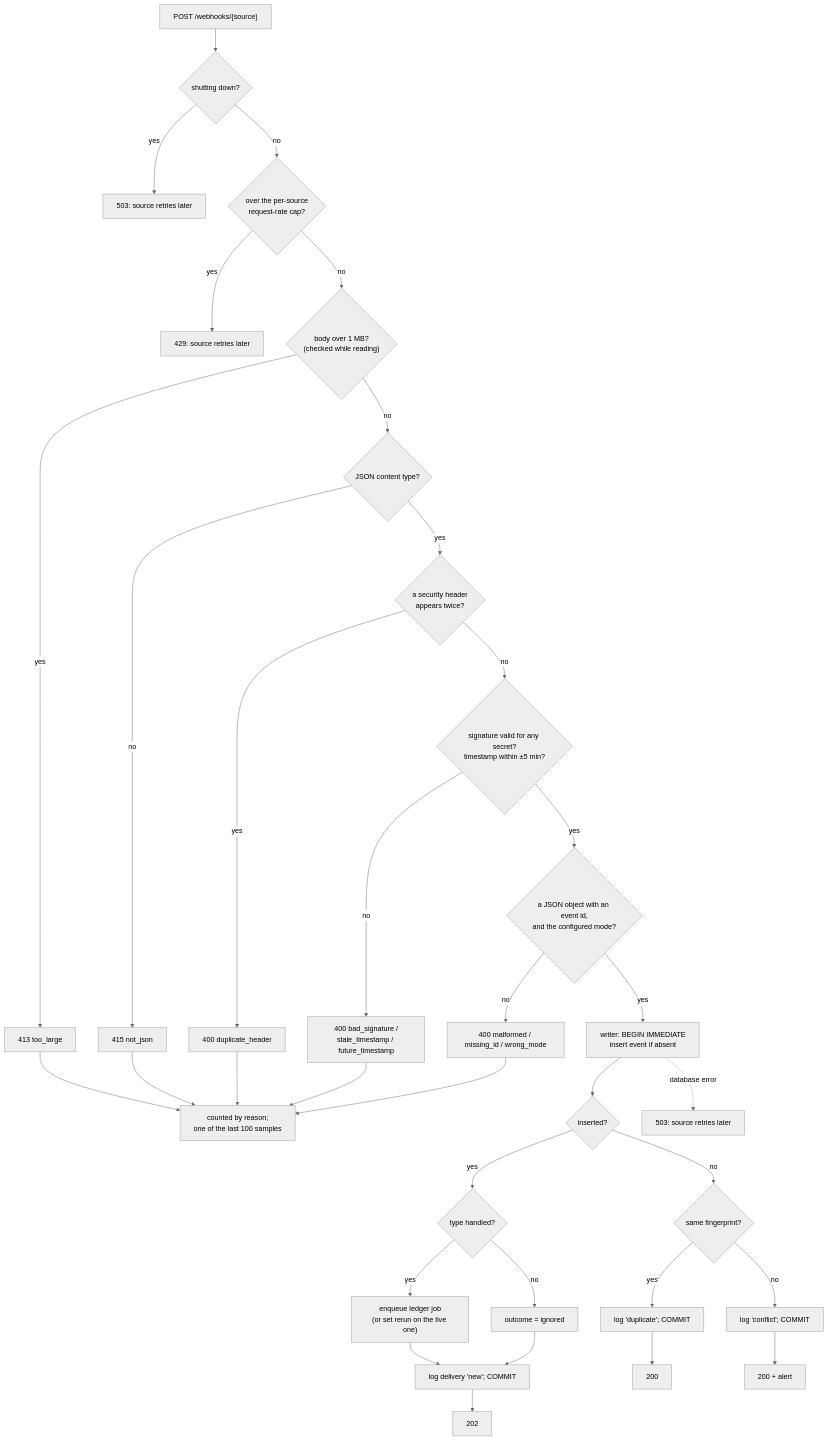
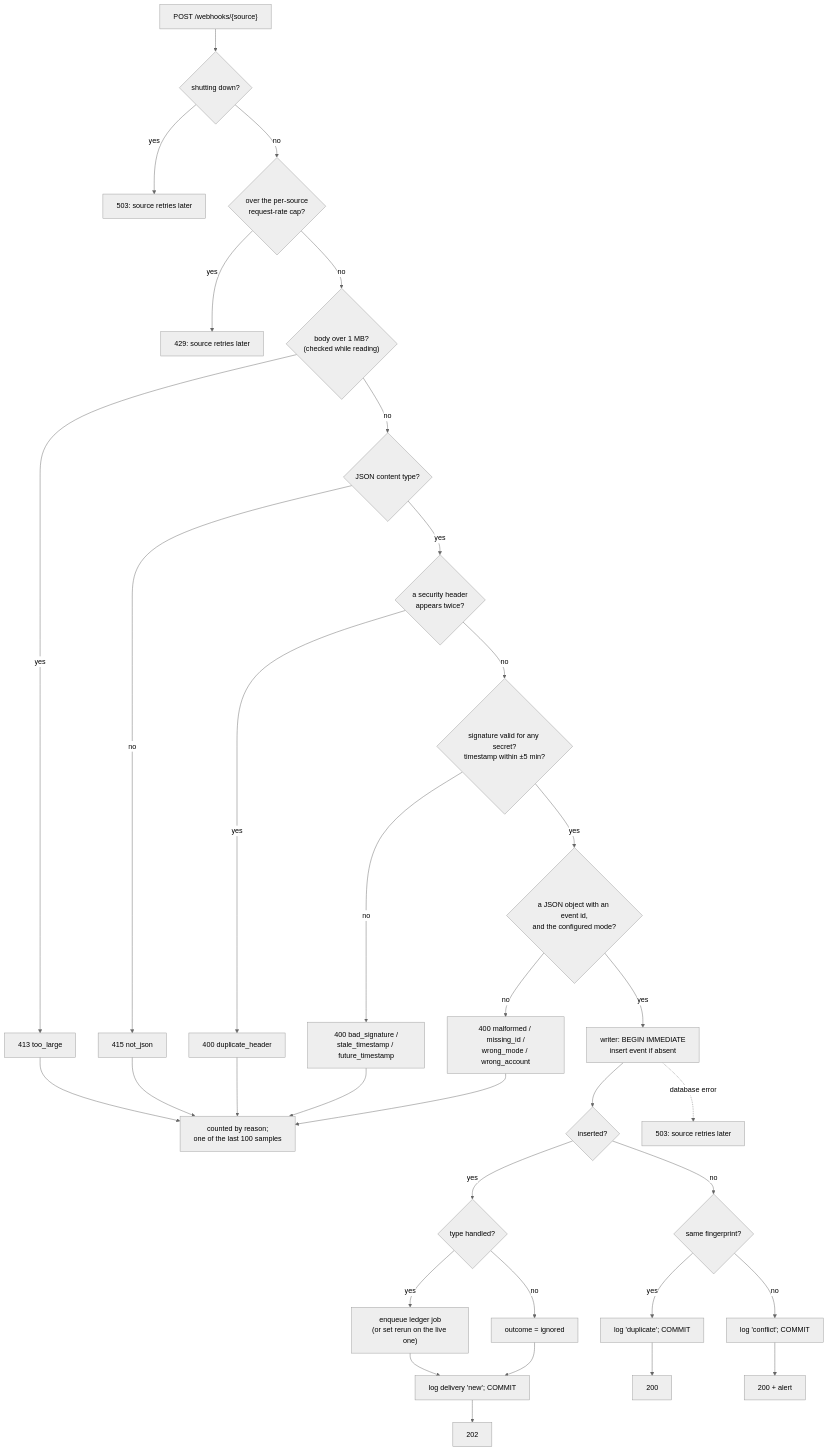
Before and after one commit to lalitkarthik/webhook-sync: the diagram in docs/design/receiver.md, drawn with Mermaid (neutral theme). The commit also changed other lines of this file and 8 other files, not shown here.

````diff
--- a/docs/design/receiver.md
+++ b/docs/design/receiver.md
@@ -13,27 +13,27 @@
 ```mermaid
 flowchart TD
   IN["POST /webhooks/{source}"] --> SD{"shutting down?"}
   SD -- yes --> R503a["503: source retries later"]
   SD -- no --> RC{"over the per-source<br/>request-rate cap?"}
   RC -- yes --> R429["429: source retries later"]
   RC -- no --> SZ{"body over 1 MB?<br/>(checked while reading)"}
   SZ -- yes --> R413["413 too_large"]
   SZ -- no --> CT{"JSON content type?"}
   CT -- no --> R415["415 not_json"]
   CT -- yes --> DH{"a security header<br/>appears twice?"}
   DH -- yes --> R400a["400 duplicate_header"]
   DH -- no --> SIG{"signature valid for any secret?<br/>timestamp within ±5 min?"}
   SIG -- no --> R400b["400 bad_signature /<br/>stale_timestamp / future_timestamp"]
   SIG -- yes --> PJ{"a JSON object with an event id,<br/>and the configured mode?"}
-  PJ -- no --> R400c["400 malformed / missing_id / wrong_mode"]
+  PJ -- no --> R400c["400 malformed / missing_id /<br/>wrong_mode / wrong_account"]
   PJ -- yes --> TX["writer: BEGIN IMMEDIATE<br/>insert event if absent"]
   TX --> NEW{"inserted?"}
   NEW -- yes --> TY{"type handled?"}
   TY -- yes --> EQ["enqueue ledger job<br/>(or set rerun on the live one)"] --> C1["log delivery 'new'; COMMIT"] --> R202["202"]
   TY -- no --> IG["outcome = ignored"] --> C1
   NEW -- no --> FP{"same fingerprint?"}
   FP -- yes --> C2["log 'duplicate'; COMMIT"] --> R200a["200"]
   FP -- no --> C3["log 'conflict'; COMMIT"] --> R200b["200 + alert"]
   TX -. "database error" .-> R503b["503: source retries later"]
   R400a & R400b & R400c & R413 & R415 --> RJ["counted by reason;<br/>one of the last 100 samples"]
 ```
````
